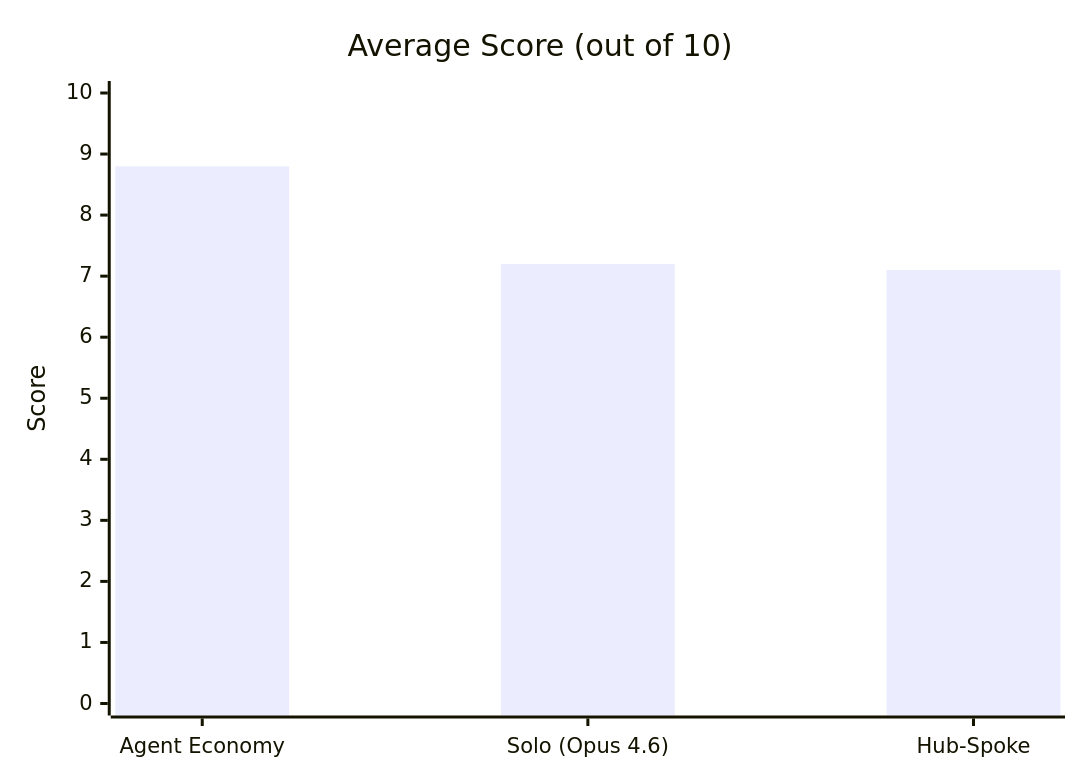
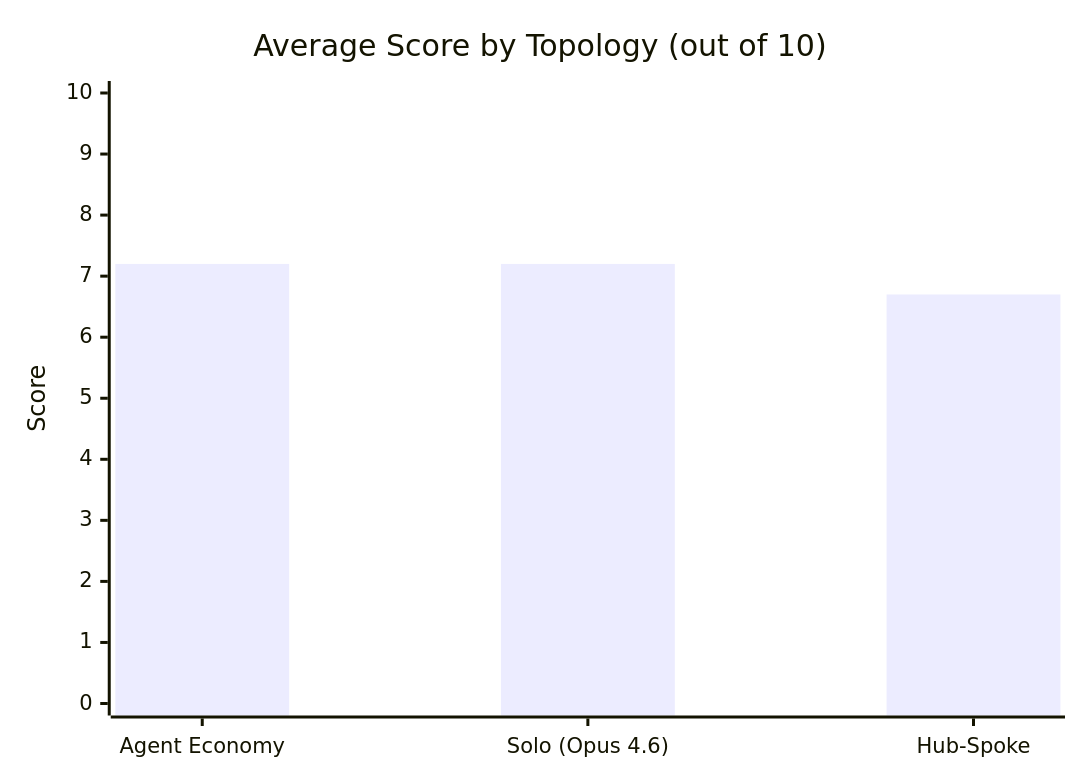
The diagram in README.md (vivien98/hub-vs-spoke), drawn with Mermaid before and after one commit. The commit also changed other lines of this file and 6 other files, not shown here.

````diff
--- a/README.md
+++ b/README.md
@@ -7,11 +7,11 @@
 ```mermaid
 ---
 config:
   theme: default
 ---
 xychart-beta
-    title "Average Score (out of 10)"
+    title "Average Score by Topology (out of 10)"
     x-axis ["Agent Economy", "Solo (Opus 4.6)", "Hub-Spoke"]
     y-axis "Score" 0 --> 10
-    bar [8.8, 7.2, 7.1]
+    bar [7.2, 7.2, 6.7]
 ```
````
